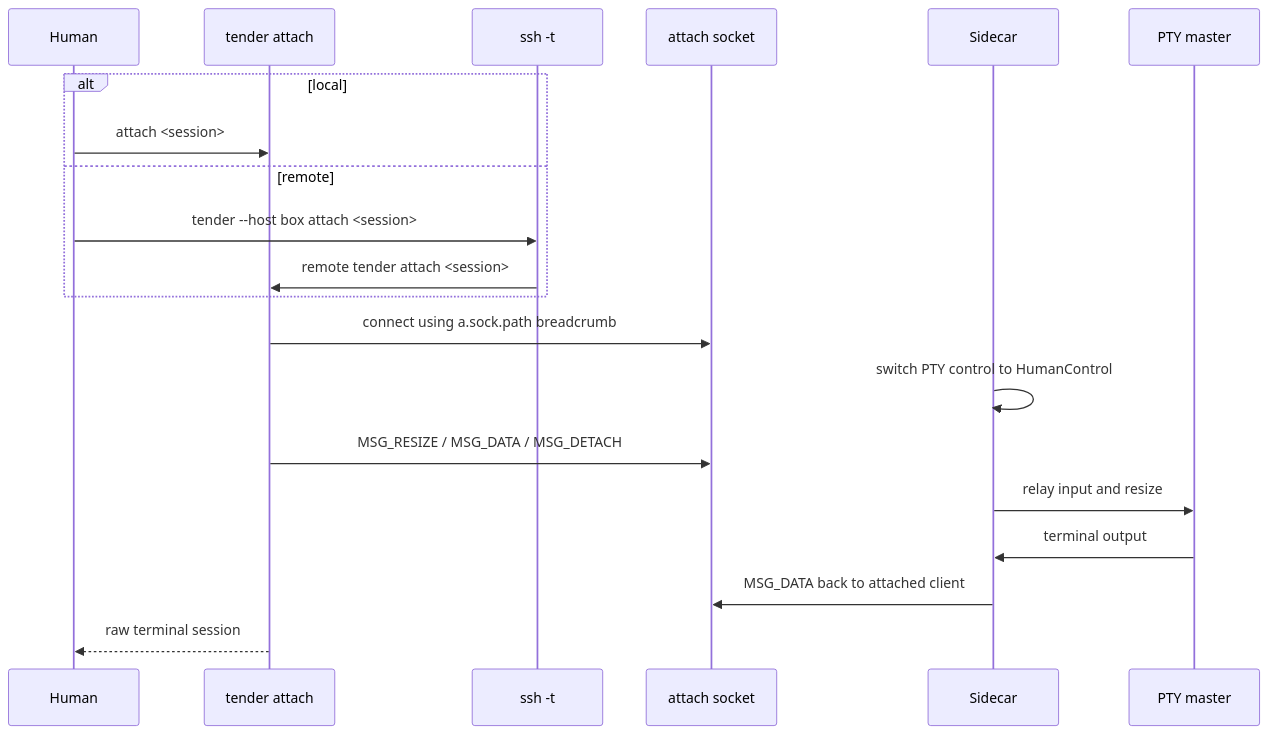
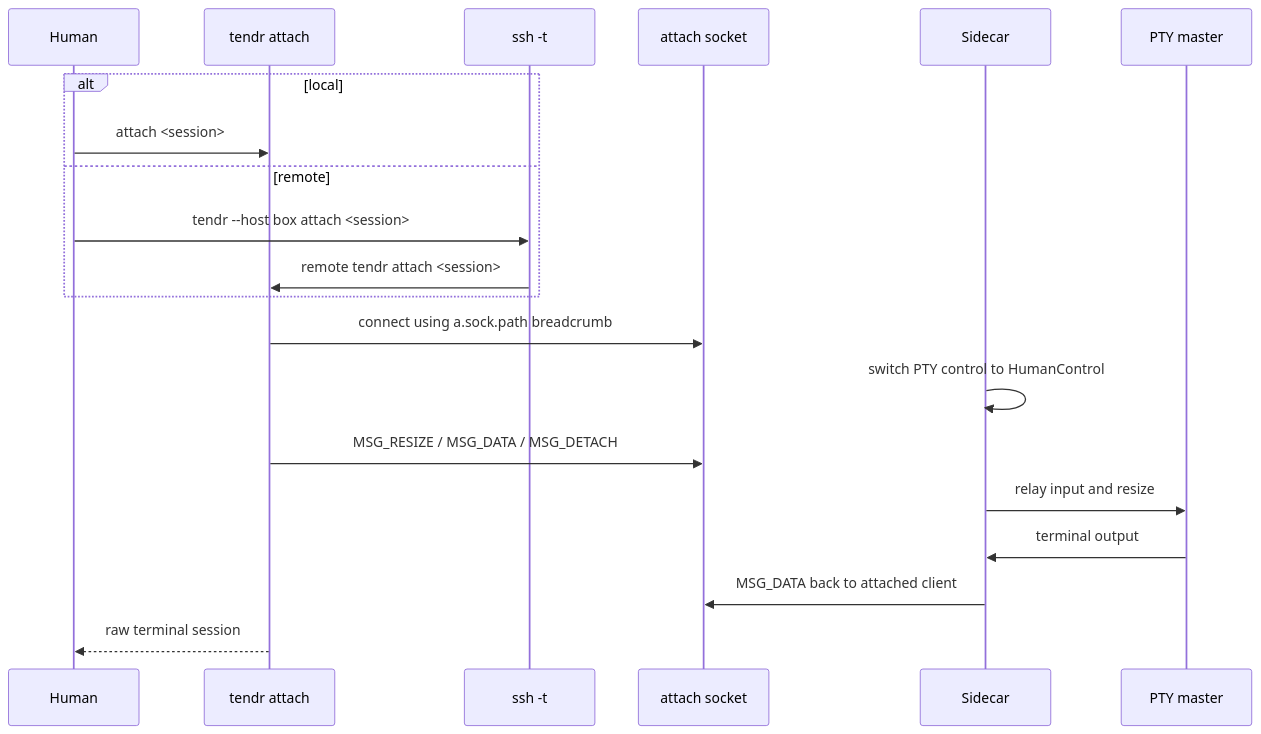
One commit to grumpydevorg/agenttender changed the fourth of 4 diagrams in docs/architecture/05-key-flows.md. Above: the diagram before and after it, drawn with Mermaid. The commit also changed other lines of this file and 126 other files, not shown here.

First line of the commit message:
refactor!: rename tender to tendr

````diff
--- a/docs/architecture/05-key-flows.md
+++ b/docs/architecture/05-key-flows.md
@@ -96,23 +96,23 @@
 ```mermaid
 sequenceDiagram
     participant Human
-    participant CLI as tender attach
+    participant CLI as tendr attach
     participant SSH as ssh -t
     participant Socket as attach socket
     participant Sidecar
     participant PTY as PTY master
 
     alt local
         Human->>CLI: attach <session>
     else remote
-        Human->>SSH: tender --host box attach <session>
-        SSH->>CLI: remote tender attach <session>
+        Human->>SSH: tendr --host box attach <session>
+        SSH->>CLI: remote tendr attach <session>
     end
     CLI->>Socket: connect using a.sock.path breadcrumb
     Sidecar->>Sidecar: switch PTY control to HumanControl
     CLI->>Socket: MSG_RESIZE / MSG_DATA / MSG_DETACH
     Sidecar->>PTY: relay input and resize
     PTY->>Sidecar: terminal output
     Sidecar->>Socket: MSG_DATA back to attached client
     CLI-->>Human: raw terminal session
 ```
````
